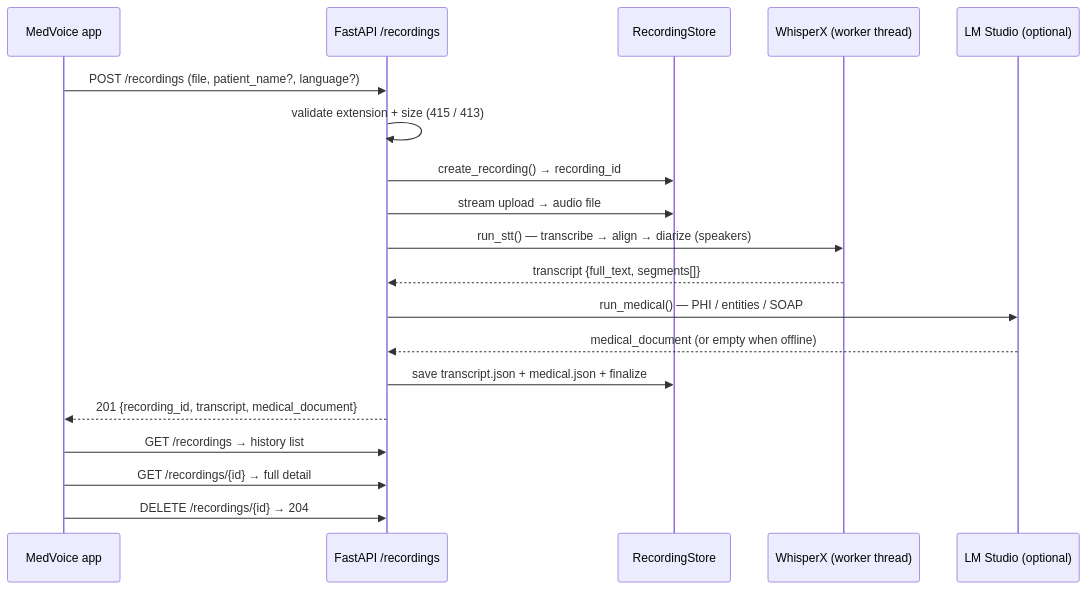
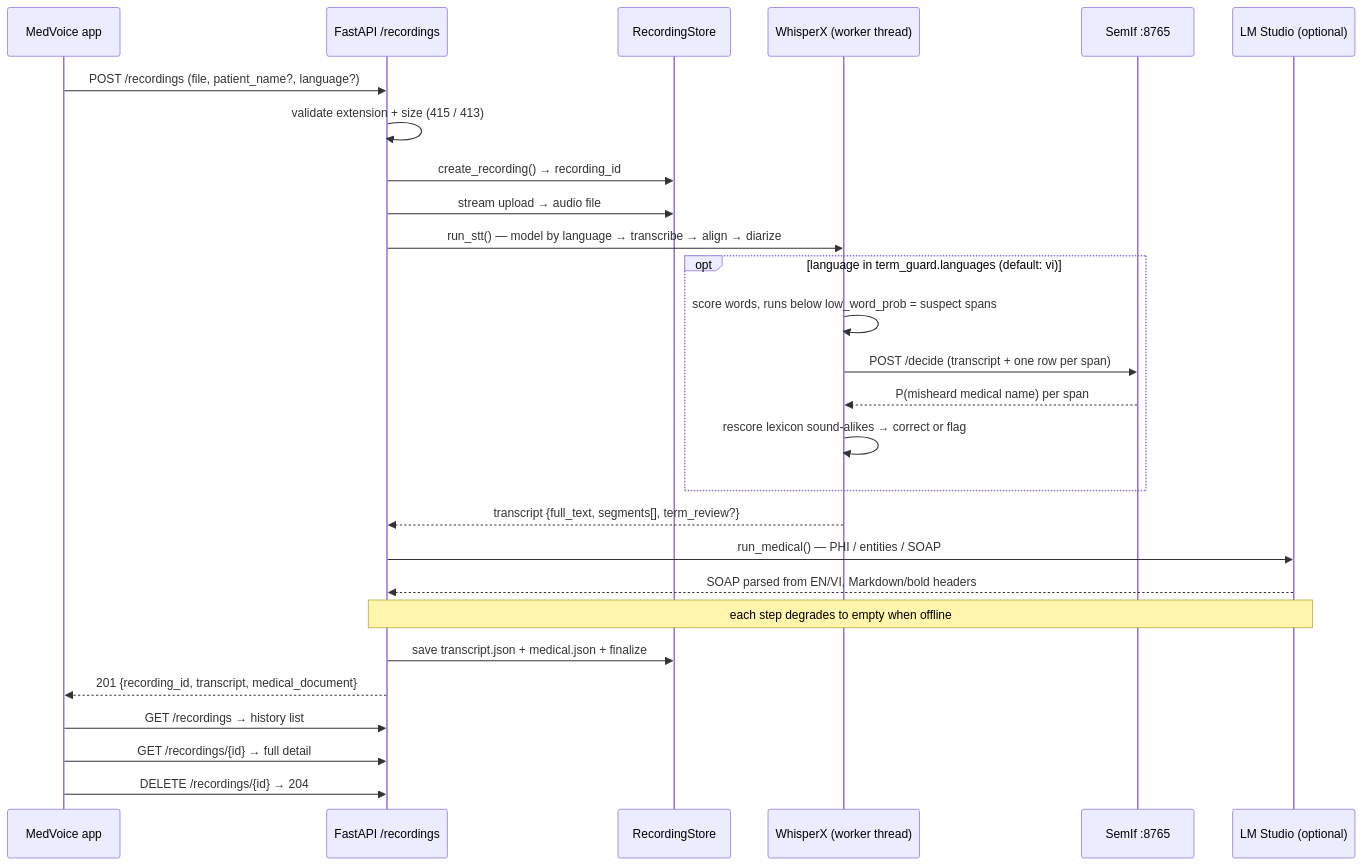
One commit to medvoice-research/medvoice-service changed the second of 2 diagrams in README.md. Above: the diagram before and after it, drawn with Mermaid. The commit also changed other lines of this file, not shown here.

Commit message:
docs(readme): update system design for medical-term guard and SOAP parsing

````diff
--- a/README.md
+++ b/README.md
@@ -139,23 +160,31 @@
 ```mermaid
 sequenceDiagram
     participant App as MedVoice app
     participant API as FastAPI /recordings
     participant ST as RecordingStore
     participant WX as WhisperX (worker thread)
+    participant SF as SemIf :8765
     participant LLM as LM Studio (optional)
 
     App->>API: POST /recordings (file, patient_name?, language?)
     API->>API: validate extension + size (415 / 413)
     API->>ST: create_recording() → recording_id
     API->>ST: stream upload → audio file
-    API->>WX: run_stt() — transcribe → align → diarize (speakers)
-    WX-->>API: transcript {full_text, segments[]}
+    API->>WX: run_stt() — model by language → transcribe → align → diarize
+    opt language in term_guard.languages (default: vi)
+        WX->>WX: score words, runs below low_word_prob = suspect spans
+        WX->>SF: POST /decide (transcript + one row per span)
+        SF-->>WX: P(misheard medical name) per span
+        WX->>WX: rescore lexicon sound-alikes → correct or flag
+    end
+    WX-->>API: transcript {full_text, segments[], term_review?}
     API->>LLM: run_medical() — PHI / entities / SOAP
-    LLM-->>API: medical_document (or empty when offline)
+    LLM-->>API: SOAP parsed from EN/VI, Markdown/bold headers
+    Note over API,LLM: each step degrades to empty when offline
     API->>ST: save transcript.json + medical.json + finalize
     API-->>App: 201 {recording_id, transcript, medical_document}
 
     App->>API: GET /recordings → history list
     App->>API: GET /recordings/{id} → full detail
     App->>API: DELETE /recordings/{id} → 204
 ```
````
